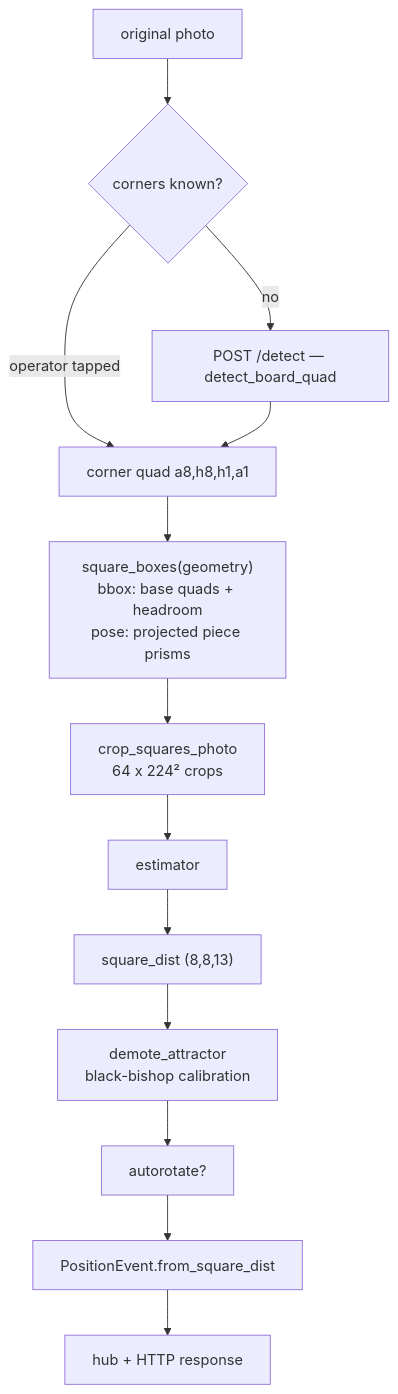
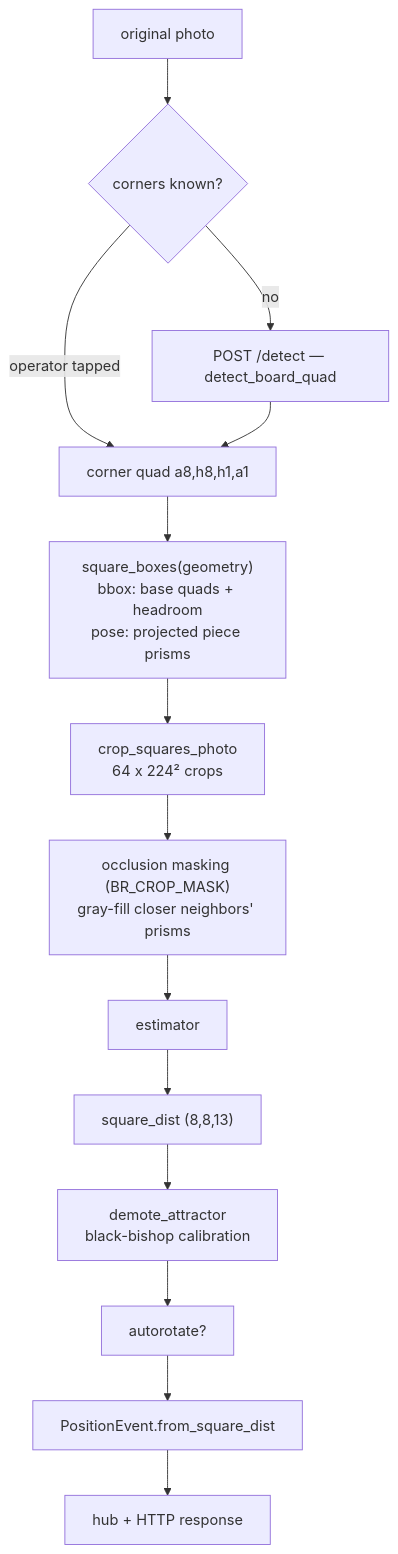
Before and after one commit to membranepotential/board-reader: the diagram in docs/recognition-pipeline.md, drawn with Mermaid. The commit also changed other lines of this file and 6 other files, not shown here.

````diff
--- a/docs/recognition-pipeline.md
+++ b/docs/recognition-pipeline.md
@@ -14,15 +14,16 @@
 ```mermaid
 flowchart TD
   photo[original photo] --> corners{corners known?}
   corners -->|operator tapped| geom[corner quad a8,h8,h1,a1]
   corners -->|no| detect["POST /detect — detect_board_quad"]
   detect --> geom
   geom --> boxes["square_boxes(geometry)<br/>bbox: base quads + headroom<br/>pose: projected piece prisms"]
   boxes --> crops["crop_squares_photo<br/>64 x 224² crops"]
-  crops --> est[estimator]
+  crops --> mask["occlusion masking (BR_CROP_MASK)<br/>gray-fill closer neighbors' prisms"]
+  mask --> est[estimator]
   est --> dist["square_dist (8,8,13)"]
   dist --> demote["demote_attractor<br/>black-bishop calibration"]
   demote --> rot[autorotate?]
   rot --> event["PositionEvent.from_square_dist"]
   event --> out[hub + HTTP response]
 ```
````
